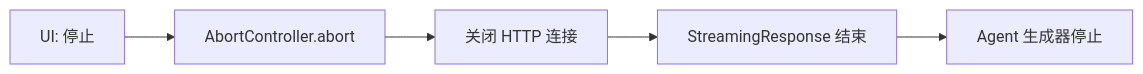
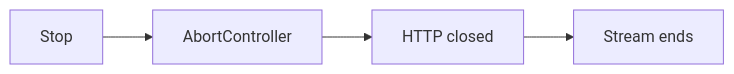
Before and after one commit to Mayerxjchen/ElectroMind: the fourth of 4 diagrams in docs/zh/wire-demo.md, drawn with Mermaid. The commit also changed other lines of this file and 23 other files, not shown here.

First line of the commit message:
docs: add Mermaid diagrams and fix rendering

````diff
--- a/docs/zh/wire-demo.md
+++ b/docs/zh/wire-demo.md
@@ -86,7 +71,6 @@
 ```mermaid
 flowchart LR
-  STOP[UI: 停止] --> ABORT[AbortController.abort]
-  ABORT --> HTTP[关闭 HTTP 连接]
-  HTTP --> SR[StreamingResponse 结束]
-  SR --> AGENT[Agent 生成器停止]
+  S[Stop] --> A[AbortController]
+  A --> H[HTTP closed]
+  H --> E[Stream ends]
 ```
````
